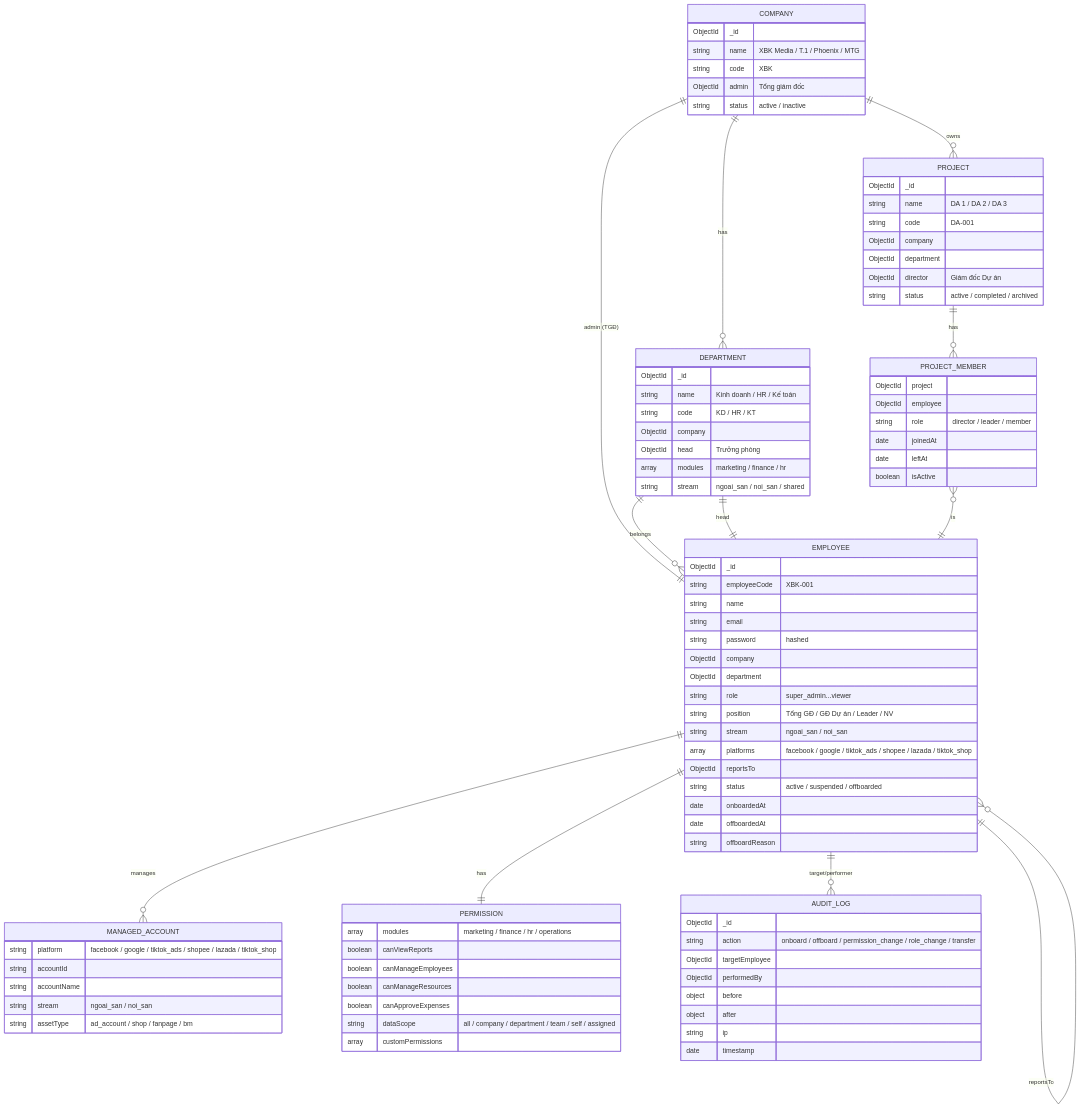
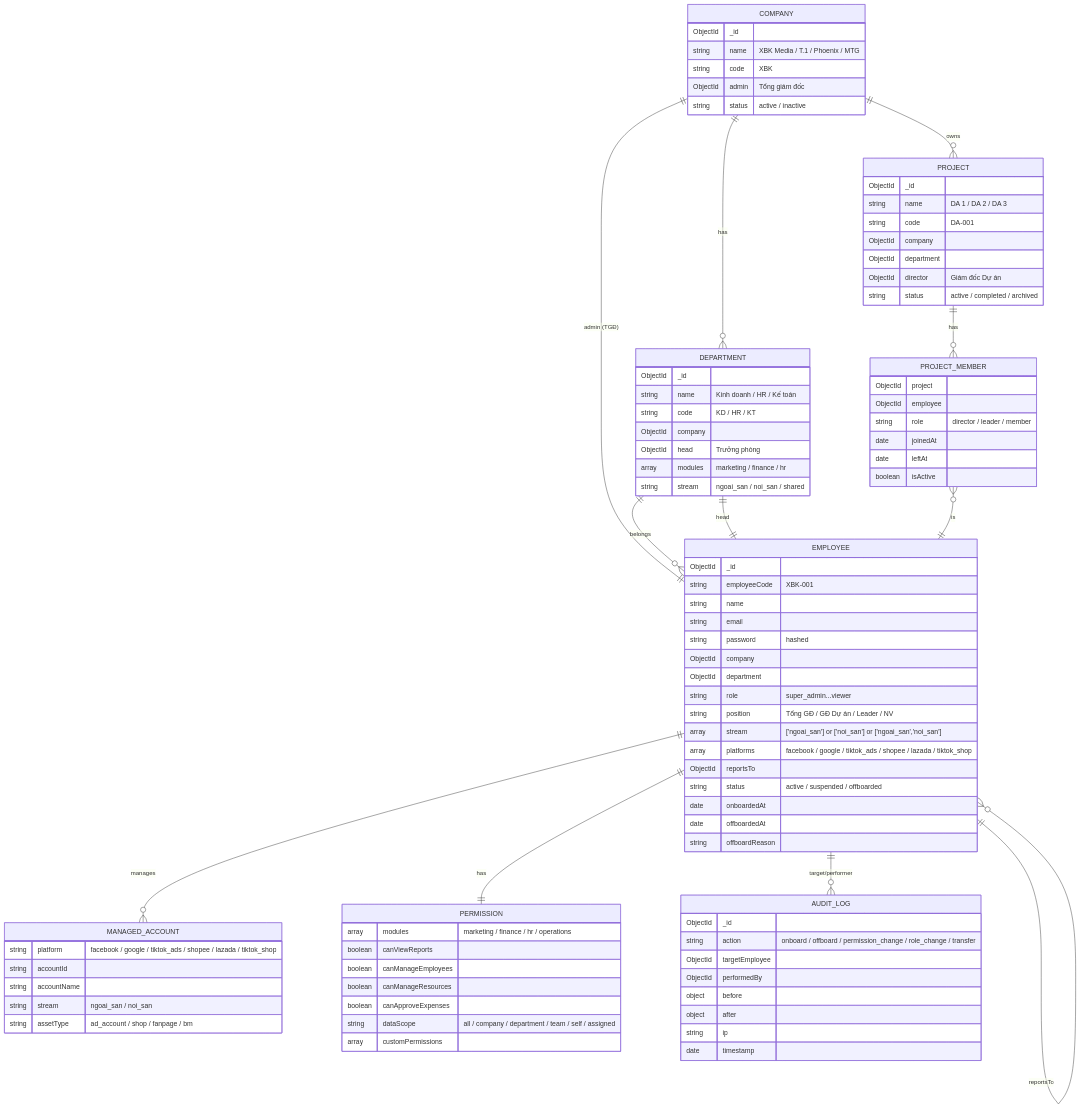
Before and after one commit to cucucha113-dotcom/Xcap-Management-Platform: the first of 9 diagrams in docs/system-diagrams/account_system_diagram.md, drawn with Mermaid. The commit also changed other lines of this file and 1 other file, not shown here.

First line of the commit message:
🔄 GĐ Dự án cross-stream: quản lý DA cả Ngoại sàn + Nội sàn

```diff
--- a/docs/system-diagrams/account_system_diagram.md
+++ b/docs/system-diagrams/account_system_diagram.md
@@ -74,7 +74,7 @@
         ObjectId department
         string role "super_admin...viewer"
         string position "Tổng GĐ / GĐ Dự án / Leader / NV"
-        string stream "ngoai_san / noi_san"
+        array stream "['ngoai_san'] or ['noi_san'] or ['ngoai_san','noi_san']"
         array platforms "facebook / google / tiktok_ads / shopee / lazada / tiktok_shop"
         ObjectId reportsTo
         string status "active / suspended / offboarded"
```
